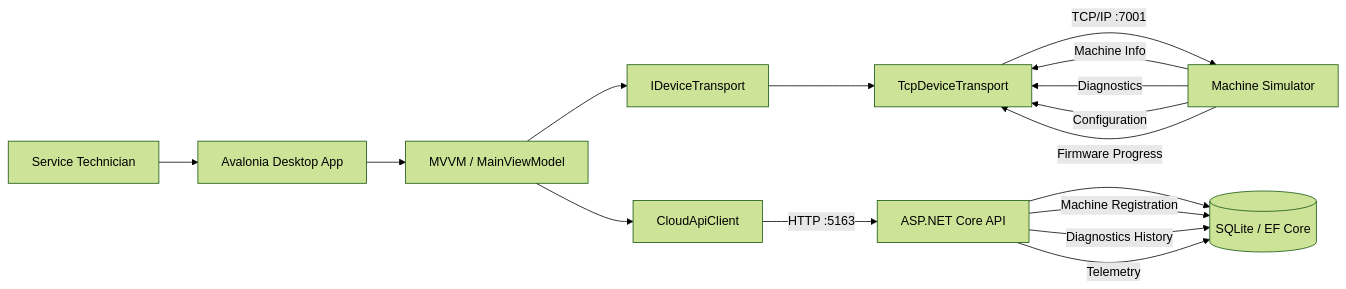
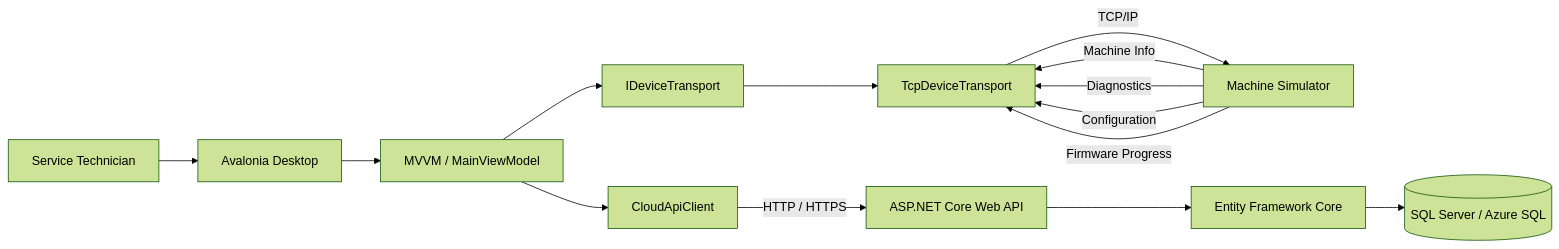
Before and after one commit to Sbadhon/MachineServiceLab: the first of 2 diagrams in README.md, drawn with Mermaid (forest theme). The commit also changed other lines of this file, not shown here.

Commit message:
docs: update architecture and Azure modernization

````diff
--- a/README.md
+++ b/README.md
@@ -24,36 +31,32 @@
 ```mermaid
 flowchart LR
     Technician[Service Technician]
 
-    Desktop[Avalonia Desktop App]
+    Desktop[Avalonia Desktop]
     VM[MVVM / MainViewModel]
     Transport[IDeviceTransport]
     TCP[TcpDeviceTransport]
+    Machine[Machine Simulator]
 
-    Simulator[Machine Simulator]
-
-    Cloud[CloudApiClient]
-    API[ASP.NET Core API]
-    DB[(SQLite / EF Core)]
+    CloudClient[CloudApiClient]
+    API[ASP.NET Core Web API]
+    EF[Entity Framework Core]
+    SQL[(SQL Server / Azure SQL)]
 
     Technician --> Desktop
     Desktop --> VM
 
     VM --> Transport
     Transport --> TCP
-    TCP -->|TCP/IP :7001| Simulator
+    TCP -->|TCP/IP| Machine
 
-    VM --> Cloud
-    Cloud -->|HTTP :5163| API
+    VM --> CloudClient
+    CloudClient -->|HTTP / HTTPS| API
+    API --> EF
+    EF --> SQL
 
-    API --> DB
-
-    Simulator -->|Machine Info| TCP
-    Simulator -->|Diagnostics| TCP
-    Simulator -->|Configuration| TCP
-    Simulator -->|Firmware Progress| TCP
-
-    API -->|Machine Registration| DB
-    API -->|Diagnostics History| DB
-    API -->|Telemetry| DB
+    Machine -->|Machine Info| TCP
+    Machine -->|Diagnostics| TCP
+    Machine -->|Configuration| TCP
+    Machine -->|Firmware Progress| TCP
 ```
````
